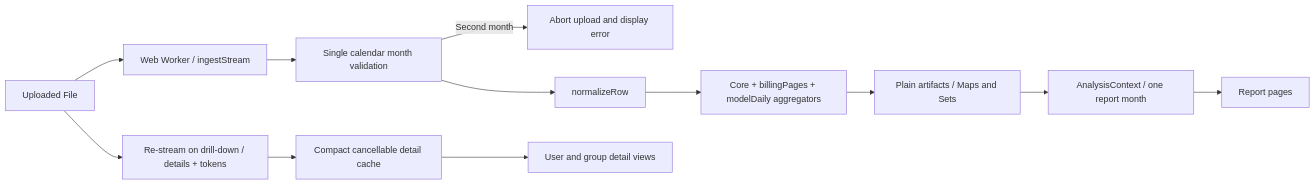
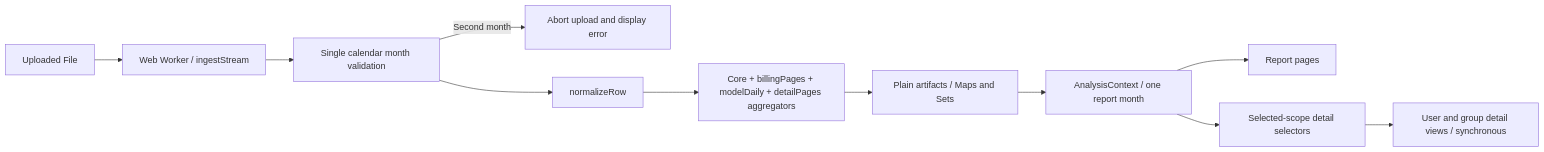
The diagram in README.md (asizikov-demos/copilot-premium-requests-report-viewer), drawn with Mermaid before and after one commit. The commit also changed other lines of this file and 4 other files, not shown here.

Commit message:
docs: describe single-pass synchronous detail architecture

````diff
--- a/README.md
+++ b/README.md
@@ -111,14 +127,13 @@
 ```mermaid
 flowchart LR
   File[Uploaded File] --> Worker[Web Worker / ingestStream]
   Worker --> Validate[Single calendar month validation]
   Validate -->|Second month| Error[Abort upload and display error]
   Validate --> Normalize[normalizeRow]
-  Normalize --> Core[Core + billingPages + modelDaily aggregators]
+  Normalize --> Core[Core + billingPages + modelDaily + detailPages aggregators]
   Core --> Artifacts[Plain artifacts / Maps and Sets]
   Artifacts --> Context[AnalysisContext / one report month]
   Context --> Pages[Report pages]
-  File --> Detail[Re-stream on drill-down / details + tokens]
-  Detail --> Cache[Compact cancellable detail cache]
-  Cache --> Views[User and group detail views]
+  Context --> Selectors[Selected-scope detail selectors]
+  Selectors --> Views[User and group detail views / synchronous]
 ```
````
